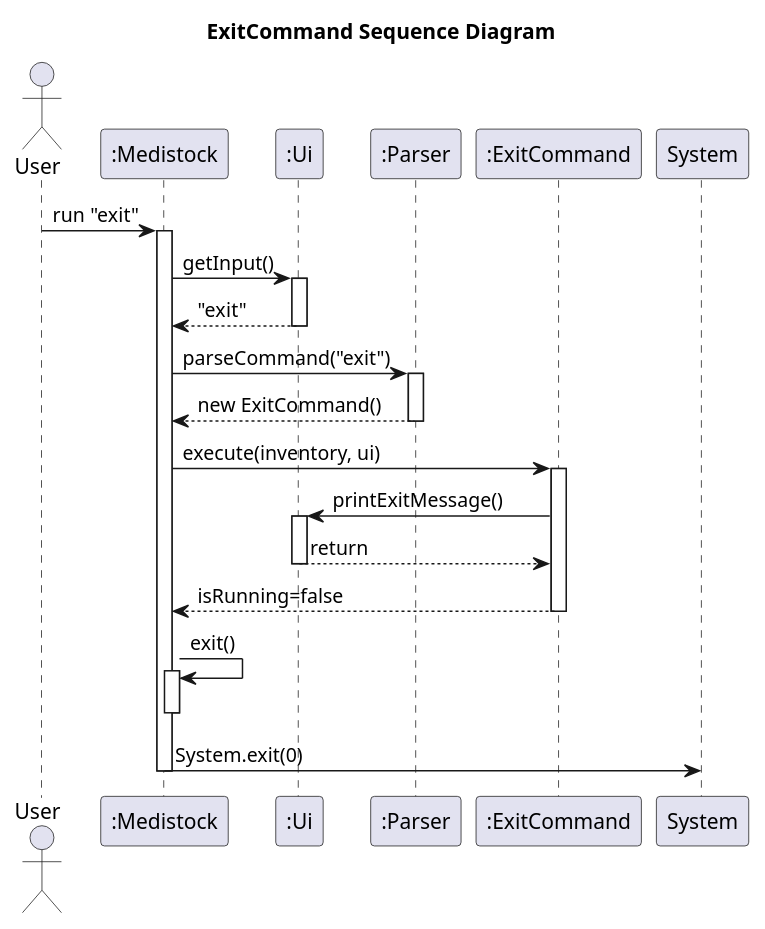
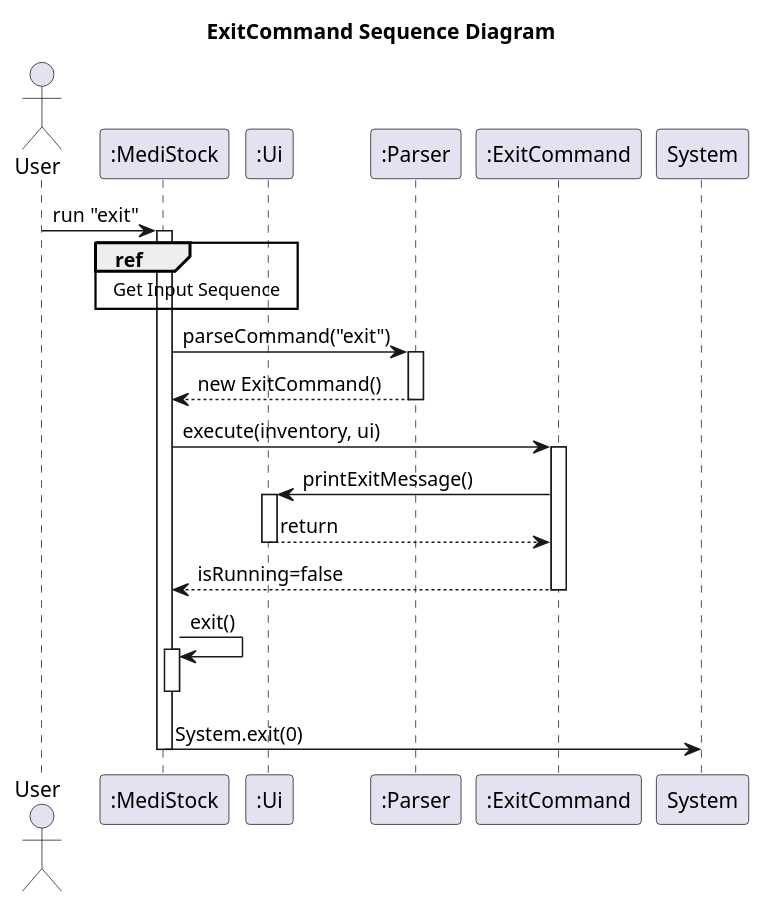
The diagram in docs/uml/ExitCommandSequenceDiagram.puml (Yonish18/tp), drawn with PlantUML before and after one commit. The commit also changed 25 other files, not shown here.

First line of the commit message:
Updated DG to correct sequence diagrams.

```diff
--- a/docs/uml/ExitCommandSequenceDiagram.puml
+++ b/docs/uml/ExitCommandSequenceDiagram.puml
@@ -1,40 +1,39 @@
 @startuml
 title ExitCommand Sequence Diagram
 
 actor User
-participant ":Medistock" as App
+participant ":MediStock" as App
 participant ":Ui" as Ui
 participant ":Parser" as Parser
 participant ":ExitCommand" as ExitCommand
 
 
 User -> App : run "exit"
 activate App
-
-App -> Ui : getInput()
-activate Ui
-Ui --> App : "exit"
-deactivate Ui
+ref over App, Ui
+    Get Input Sequence
+end
 
 App -> Parser : parseCommand("exit")
 activate Parser
 Parser --> App : new ExitCommand()
 deactivate Parser
 
 App -> ExitCommand : execute(inventory, ui)
 activate ExitCommand
 ExitCommand -> Ui : printExitMessage()
 activate Ui
 Ui --> ExitCommand : return
 deactivate Ui
 ExitCommand --> App : isRunning=false
 deactivate ExitCommand
 
 App -> App : exit()
 activate App
 
 deactivate App
 App -> System : System.exit(0)
 
+
 deactivate App
 @enduml
```
